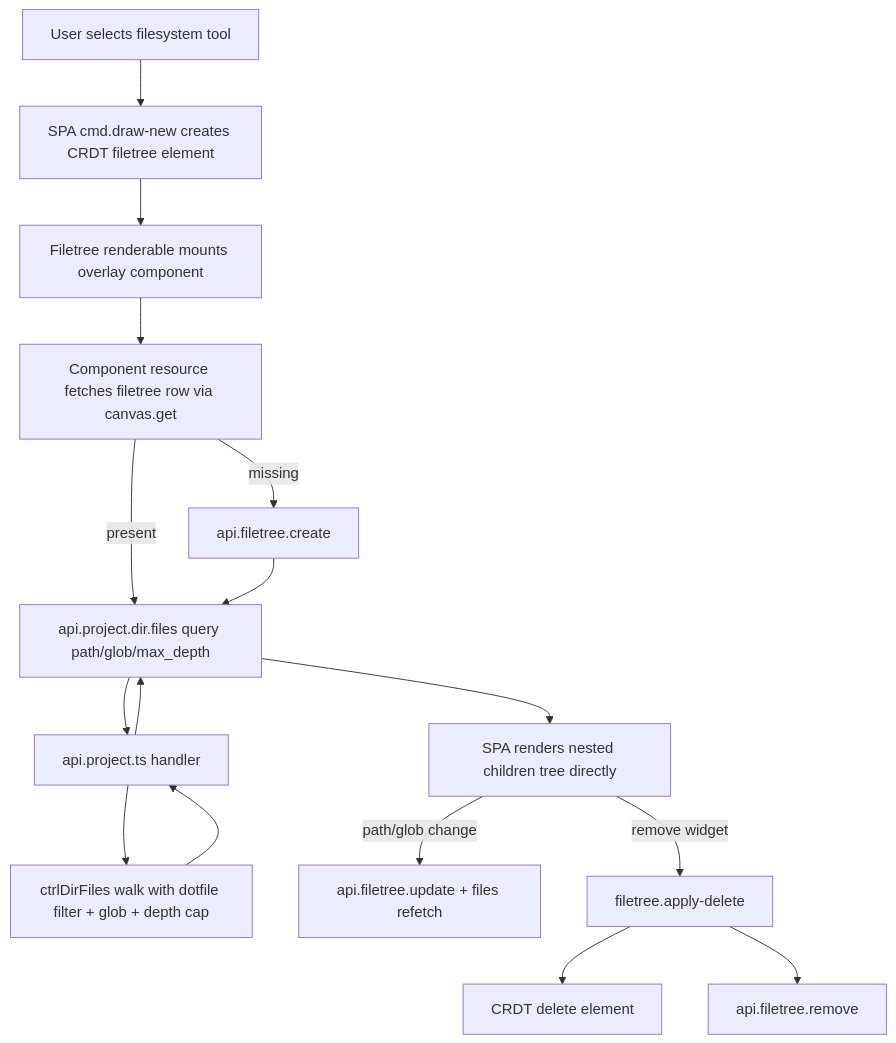
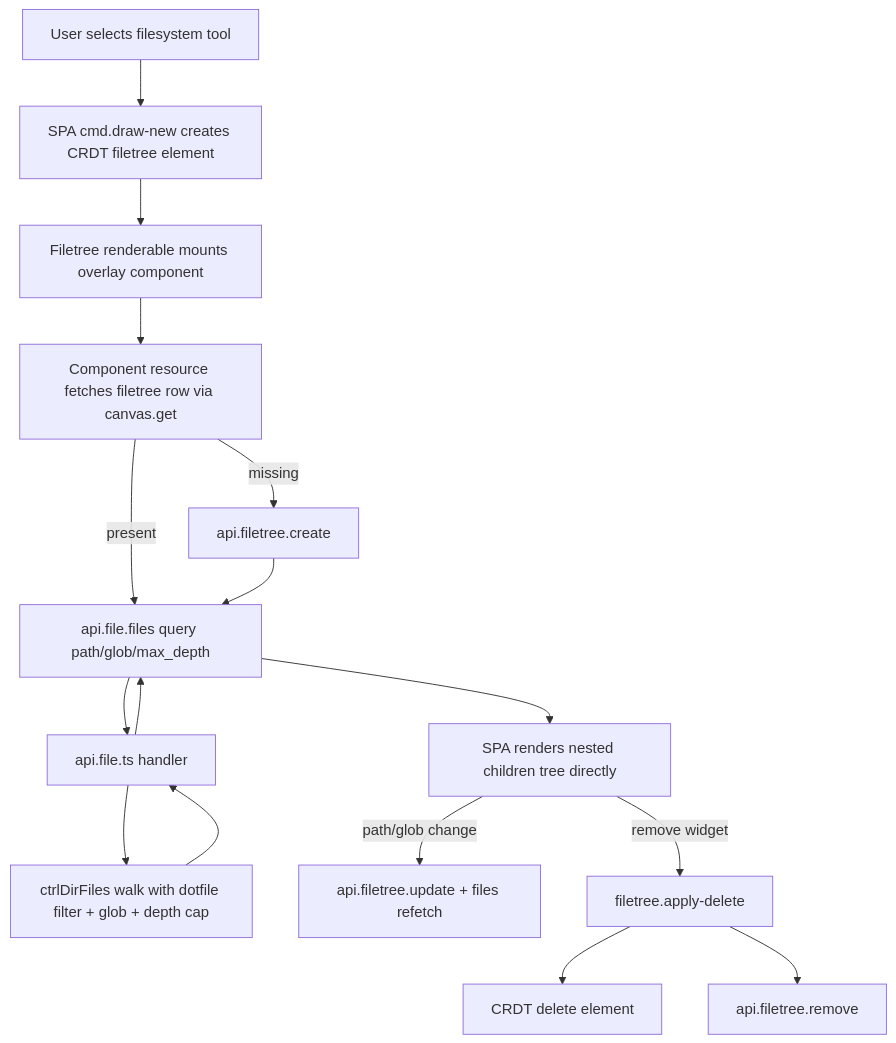
The diagram in specs/spec.filetree.md (vibecanvas/vibecanvas), drawn with Mermaid before and after one commit. The commit also changed other lines of this file and 8 other files, not shown here.

Commit message:
feat: Migrate directory and file listing APIs from `project.dir` to `file` contract and implementation.

````diff
--- a/specs/spec.filetree.md
+++ b/specs/spec.filetree.md
@@ -233,21 +233,21 @@
 ```mermaid
 flowchart TD
   U[User selects filesystem tool] --> C1[SPA cmd.draw-new creates CRDT filetree element]
   C1 --> R1[Filetree renderable mounts overlay component]
   R1 --> Q1[Component resource fetches filetree row via canvas.get]
   Q1 -->|missing| M1[api.filetree.create]
   Q1 -->|present| L1
-  M1 --> L1[api.project.dir.files query path/glob/max_depth]
+  M1 --> L1[api.file.files query path/glob/max_depth]
 
-  L1 --> S1[api.project.ts handler]
+  L1 --> S1[api.file.ts handler]
   S1 --> F1[ctrlDirFiles walk with dotfile filter + glob + depth cap]
   F1 --> S1
   S1 --> L1
 
   L1 --> UI1[SPA renders nested children tree directly]
   UI1 -->|path/glob change| U1[api.filetree.update + files refetch]
 
   UI1 -->|remove widget| D1[filetree.apply-delete]
   D1 --> C2[CRDT delete element]
   D1 --> D2[api.filetree.remove]
 ```
````
